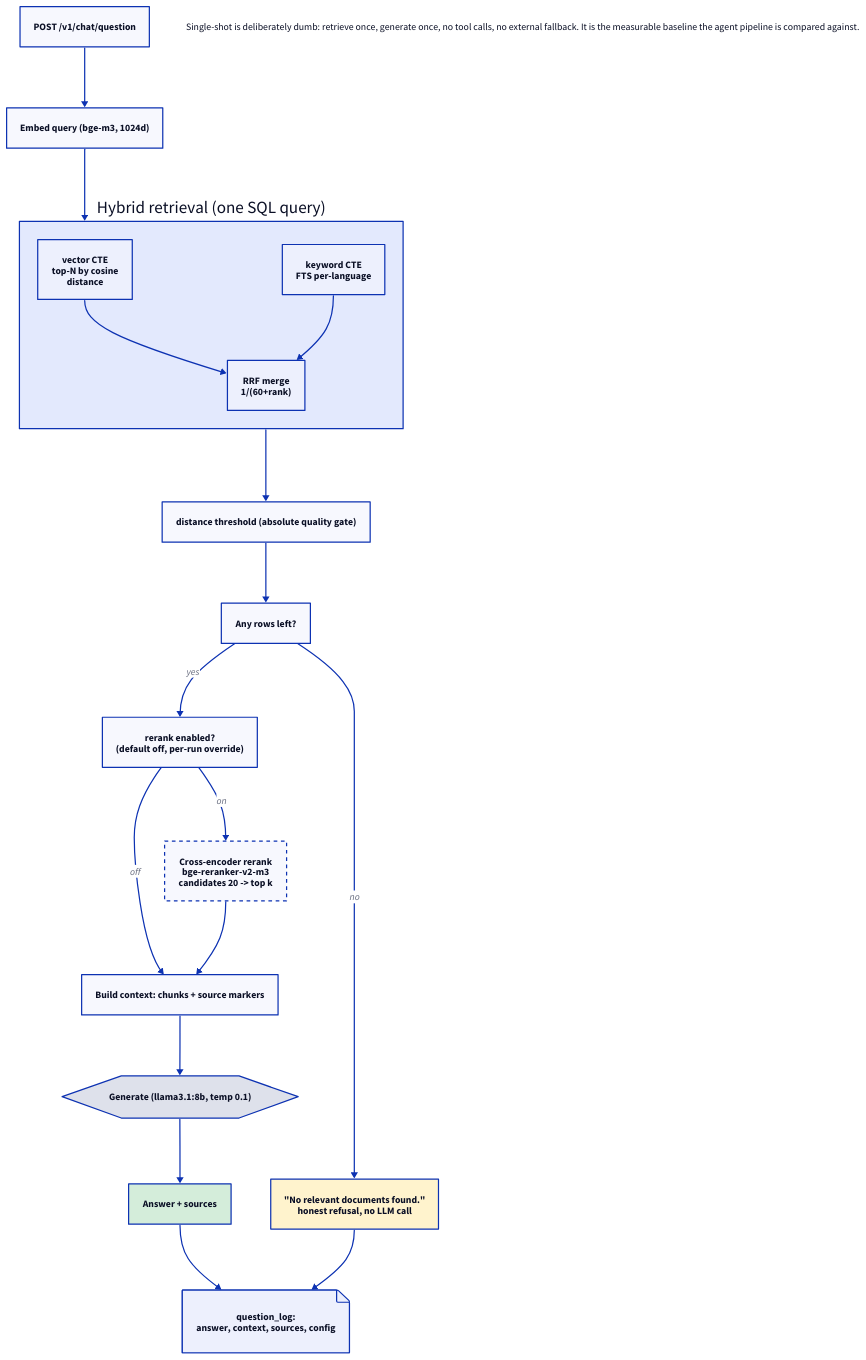
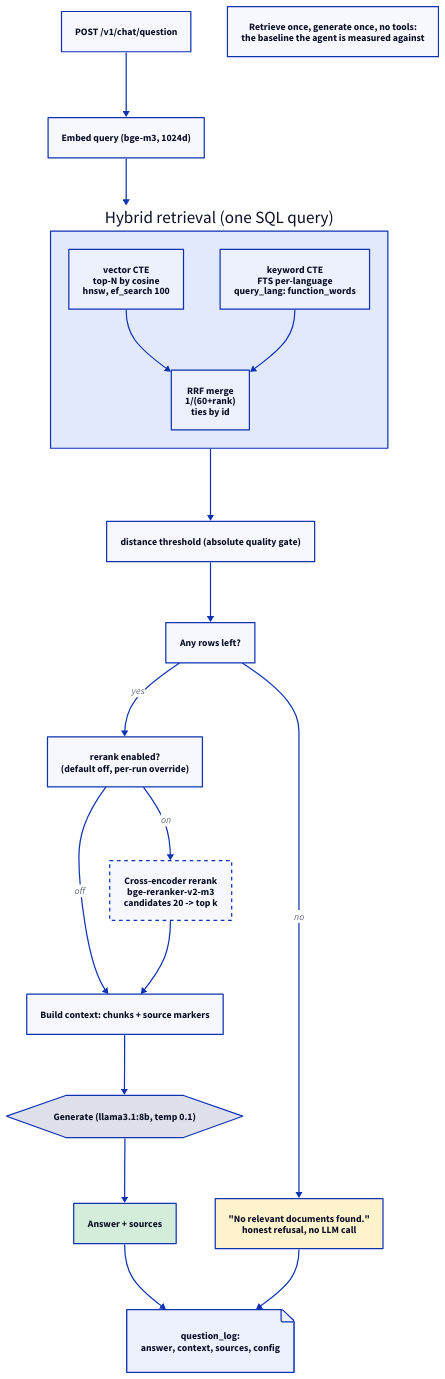
Before and after one commit to rikitikitav1/rag-lab: the diagram in docs/diagrams/single_shot_flow.d2, drawn with D2. The commit also changed 38 other files, not shown here.

```diff
--- a/docs/diagrams/single_shot_flow.d2
+++ b/docs/diagrams/single_shot_flow.d2
@@ -1,51 +1,47 @@
 direction: down
 
 q: POST /v1/chat/question
 embed: "Embed query (bge-m3, 1024d)"
 
 retrieval: Hybrid retrieval (one SQL query) {
   direction: right
-  vector: vector CTE\ntop-N by cosine\ndistance
-  keyword: keyword CTE\nFTS per-language
-  rrf: "RRF merge\n1/(60+rank)"
+  vector: vector CTE\ntop-N by cosine\nhnsw, ef_search 100
+  keyword: keyword CTE\nFTS per-language\nquery_lang: function_words
+  rrf: "RRF merge\n1/(60+rank)\nties by id"
   vector -> rrf
   keyword -> rrf
 }
 
 threshold: "distance threshold (absolute quality gate)"
 gate: Any rows left?
 
 rerank_q: "rerank enabled?\n(default off, per-run override)"
 rerank: Cross-encoder rerank\nbge-reranker-v2-m3\ncandidates 20 -> top k {
   style.stroke-dash: 3
 }
 
 ctx: "Build context: chunks + source markers"
 gen: "Generate (llama3.1:8b, temp 0.1)" {
   shape: hexagon
 }
 answer: Answer + sources {
   style.fill: "#d4edda"
 }
 refuse: "\"No relevant documents found.\"\nhonest refusal, no LLM call" {
   style.fill: "#fff3cd"
 }
 log: question_log:\nanswer, context, sources, config {
   shape: page
 }
 
 q -> embed -> retrieval -> threshold -> gate
 gate -> refuse: no
 gate -> rerank_q: yes
 rerank_q -> rerank: on
 rerank_q -> ctx: off
 rerank -> ctx
 ctx -> gen -> answer
 answer -> log
 refuse -> log
 
-note: |md
-  Single-shot is deliberately dumb: retrieve once, generate once,
-  no tool calls, no external fallback. It is the measurable
-  baseline the agent pipeline is compared against.
-|
+note: "Retrieve once, generate once, no tools:\nthe baseline the agent is measured against"
```
